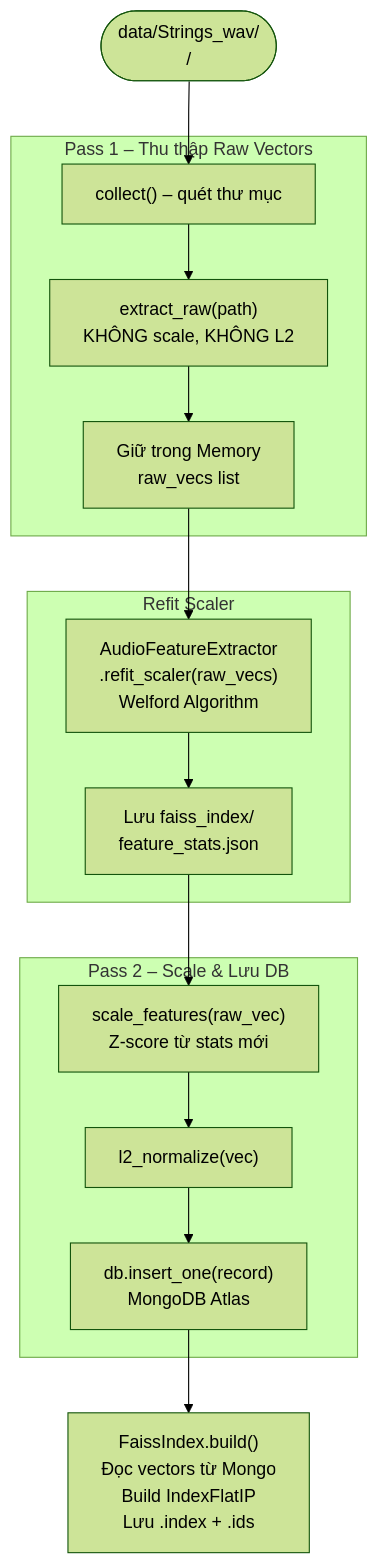
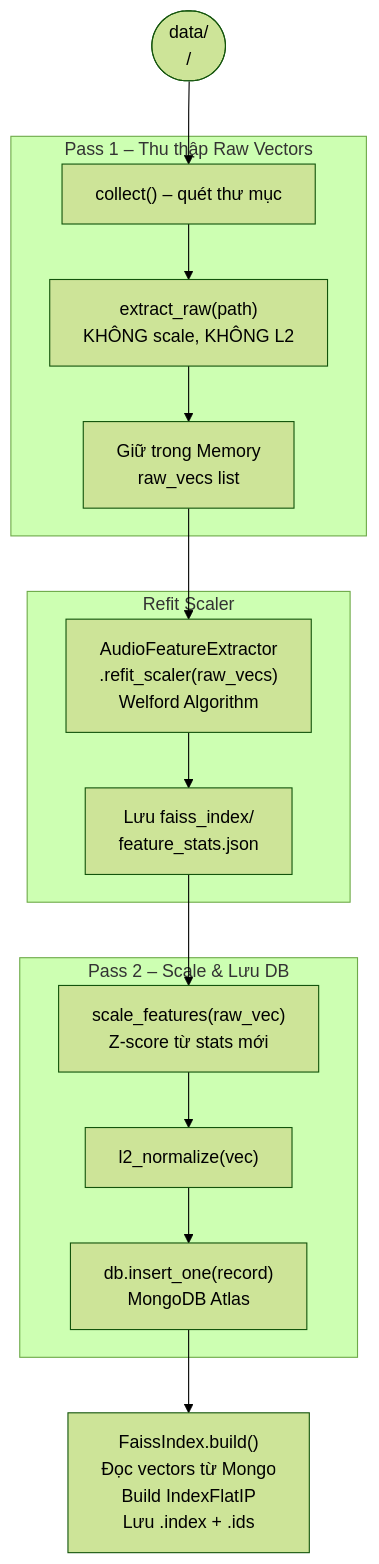
The third of 3 diagrams in docs/system_overview.md (YOUNGLEE2510/M.I.R), drawn with Mermaid (forest theme) before and after one commit. The commit also changed other lines of this file and 4486 other files, not shown here.

````diff
--- a/docs/system_overview.md
+++ b/docs/system_overview.md
@@ -92,28 +89,28 @@
 ```mermaid
 flowchart TD
-    START(["data/Strings_wav/\n<nhac_cu>/<file.wav>"])
+    START(["data/\n<nhac_cu>/<file.wav>"])
 
     subgraph PASS1["Pass 1 – Thu thập Raw Vectors"]
         P1A["collect() – quét thư mục"]
         P1B["extract_raw(path)\nKHÔNG scale, KHÔNG L2"]
         P1C["Giữ trong Memory\nraw_vecs list"]
     end
 
     subgraph REFIT["Refit Scaler"]
         RF["AudioFeatureExtractor\n.refit_scaler(raw_vecs)\nWelford Algorithm"]
         RF2["Lưu faiss_index/\nfeature_stats.json"]
     end
 
     subgraph PASS2["Pass 2 – Scale & Lưu DB"]
         P2A["scale_features(raw_vec)\nZ-score từ stats mới"]
         P2B["l2_normalize(vec)"]
         P2C["db.insert_one(record)\nMongoDB Atlas"]
     end
 
     BUILD["FaissIndex.build()\nĐọc vectors từ Mongo\nBuild IndexFlatIP\nLưu .index + .ids"]
 
     START --> P1A --> P1B --> P1C
     P1C --> RF --> RF2
     RF2 --> P2A --> P2B --> P2C
     P2C --> BUILD
 ```
````
